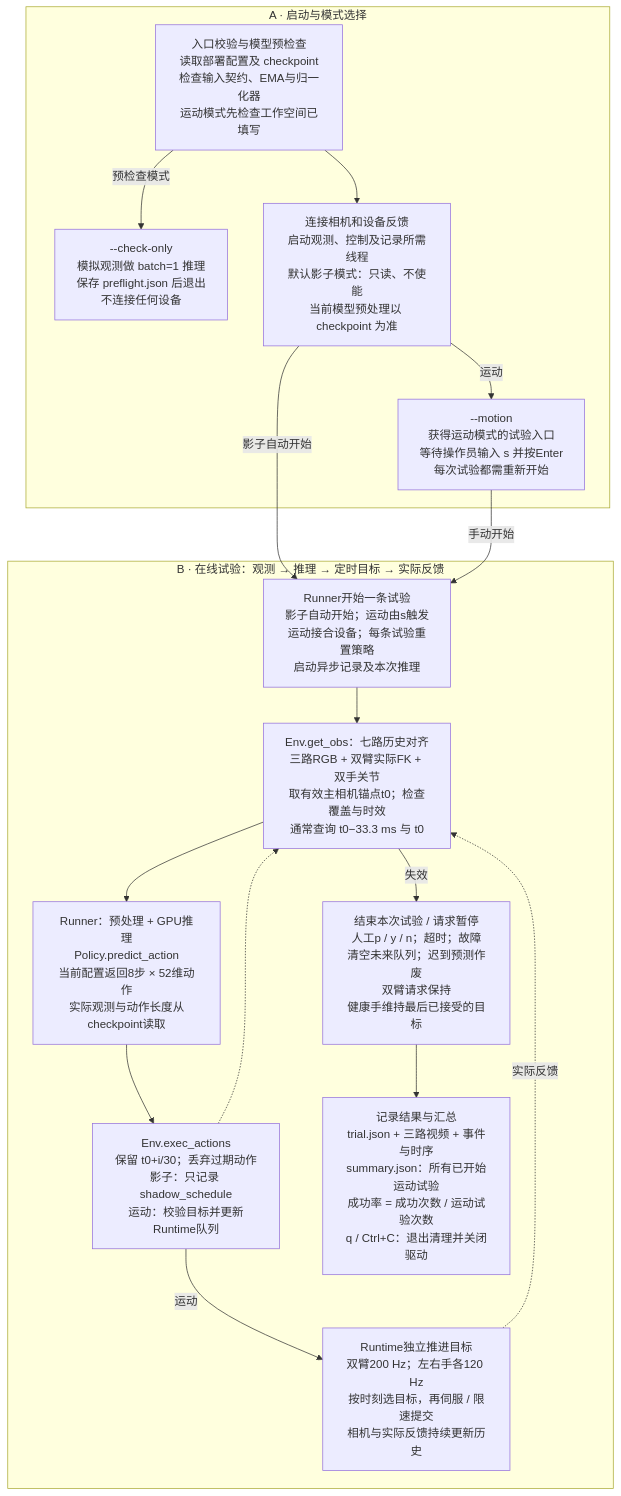
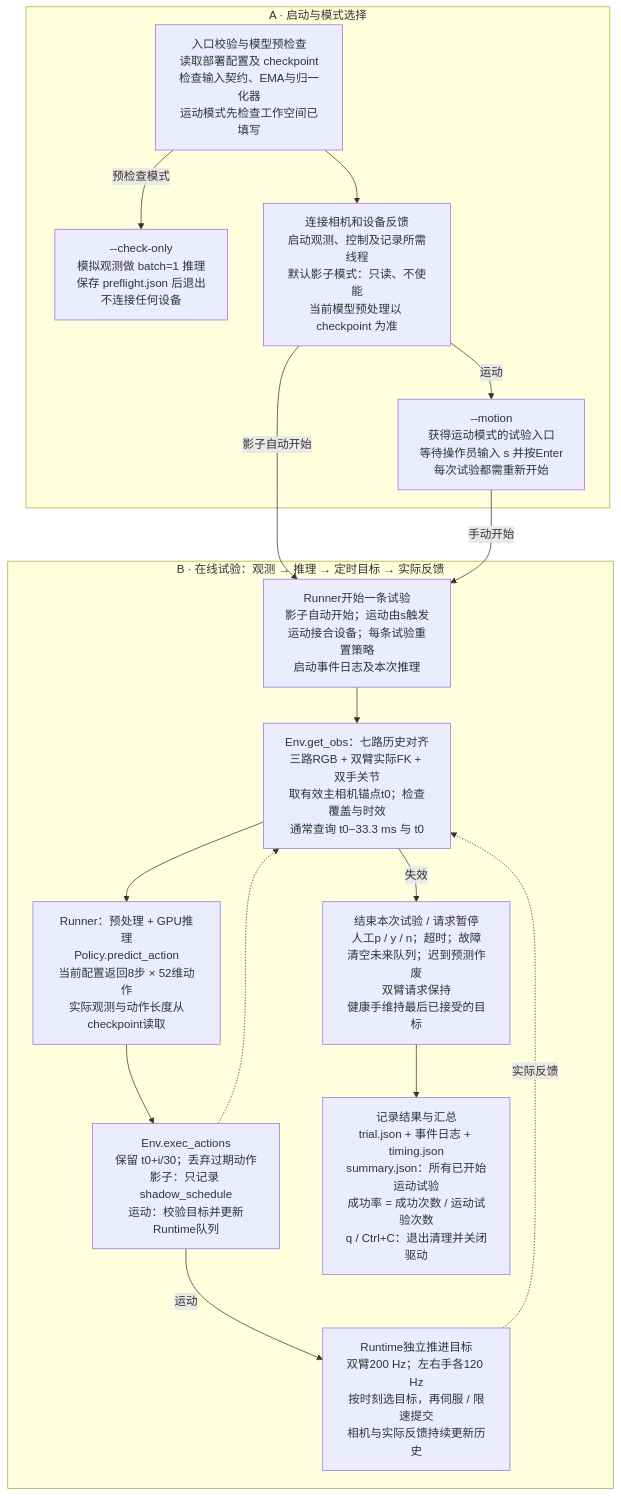
Before and after one commit to Wang-Yongsen/diffusion_policy: the diagram in docs/tianji-rail/real_eval_structure/02-flow.mmd, drawn with Mermaid. The commit also changed 25 other files, not shown here.

```diff
--- a/docs/tianji-rail/real_eval_structure/02-flow.mmd
+++ b/docs/tianji-rail/real_eval_structure/02-flow.mmd
@@ -1,30 +1,30 @@
 %% 节点、组件边界与PNG由同一份规格生成；PNG布局单独指定。
 flowchart TD
   subgraph startup["A · 启动与模式选择"]
     load["入口校验与模型预检查<br/>读取部署配置及 checkpoint<br/>检查输入契约、EMA与归一化器<br/>运动模式先检查工作空间已填写"]
     only["--check-only<br/>模拟观测做 batch=1 推理<br/>保存 preflight.json 后退出<br/>不连接任何设备"]
     connect["连接相机和设备反馈<br/>启动观测、控制及记录所需线程<br/>默认影子模式：只读、不使能<br/>当前模型预处理以 checkpoint 为准"]
     motion["--motion<br/>获得运动模式的试验入口<br/>等待操作员输入 s 并按Enter<br/>每次试验都需重新开始"]
   end
   subgraph loop["B · 在线试验：观测 → 推理 → 定时目标 → 实际反馈"]
-    begin["Runner开始一条试验<br/>影子自动开始；运动由s触发<br/>运动接合设备；每条试验重置策略<br/>启动异步记录及本次推理"]
+    begin["Runner开始一条试验<br/>影子自动开始；运动由s触发<br/>运动接合设备；每条试验重置策略<br/>启动事件日志及本次推理"]
     observe["Env.get_obs：七路历史对齐<br/>三路RGB + 双臂实际FK + 双手关节<br/>取有效主相机锚点t0；检查覆盖与时效<br/>通常查询 t0−33.3 ms 与 t0"]
     predict["Runner：预处理 + GPU推理<br/>Policy.predict_action<br/>当前配置返回8步 × 52维动作<br/>实际观测与动作长度从checkpoint读取"]
     schedule["Env.exec_actions<br/>保留 t0+i/30；丢弃过期动作<br/>影子：只记录 shadow_schedule<br/>运动：校验目标并更新Runtime队列"]
     control["Runtime独立推进目标<br/>双臂200 Hz；左右手各120 Hz<br/>按时刻选目标，再伺服 / 限速提交<br/>相机与实际反馈持续更新历史"]
     stop["结束本次试验 / 请求暂停<br/>人工p / y / n；超时；故障<br/>清空未来队列；迟到预测作废<br/>双臂请求保持<br/>健康手维持最后已接受的目标"]
-    save["记录结果与汇总<br/>trial.json + 三路视频 + 事件与时序<br/>summary.json：所有已开始运动试验<br/>成功率 = 成功次数 / 运动试验次数<br/>q / Ctrl+C：退出清理并关闭驱动"]
+    save["记录结果与汇总<br/>trial.json + 事件日志 + timing.json<br/>summary.json：所有已开始运动试验<br/>成功率 = 成功次数 / 运动试验次数<br/>q / Ctrl+C：退出清理并关闭驱动"]
   end
   load -->|"预检查模式"| only
   load --> connect
   connect -->|"运动"| motion
   connect -->|"影子自动开始"| begin
   motion -->|"手动开始"| begin
   begin --> observe
   observe --> predict
   predict --> schedule
   schedule -->|"运动"| control
   control -.->|"实际反馈"| observe
   schedule -.-> observe
   observe -->|"失效"| stop
   stop --> save
```
